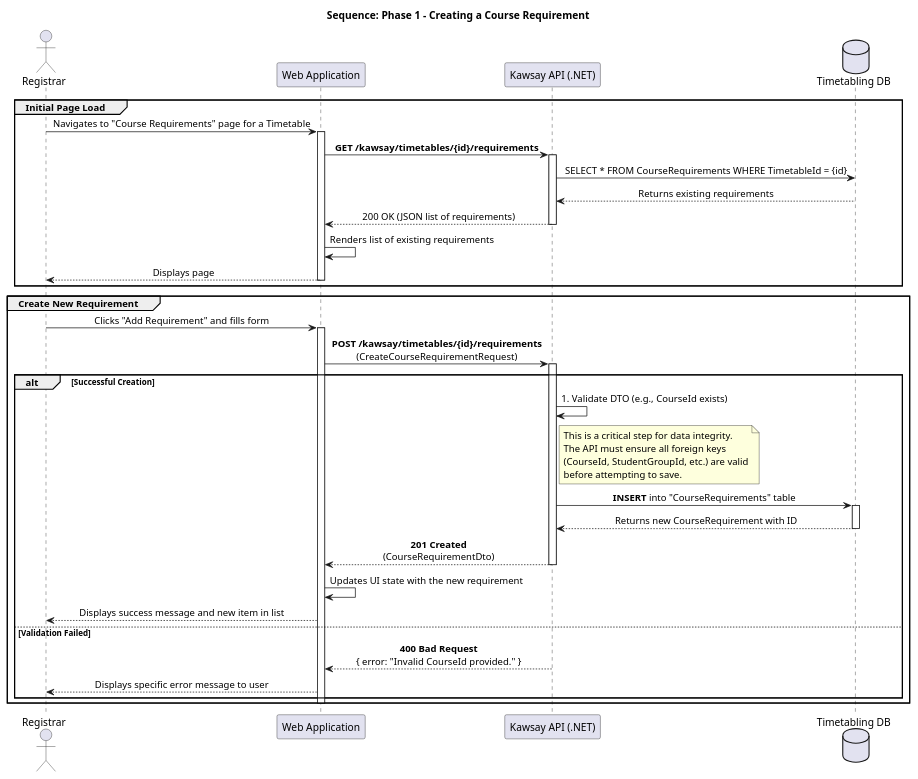
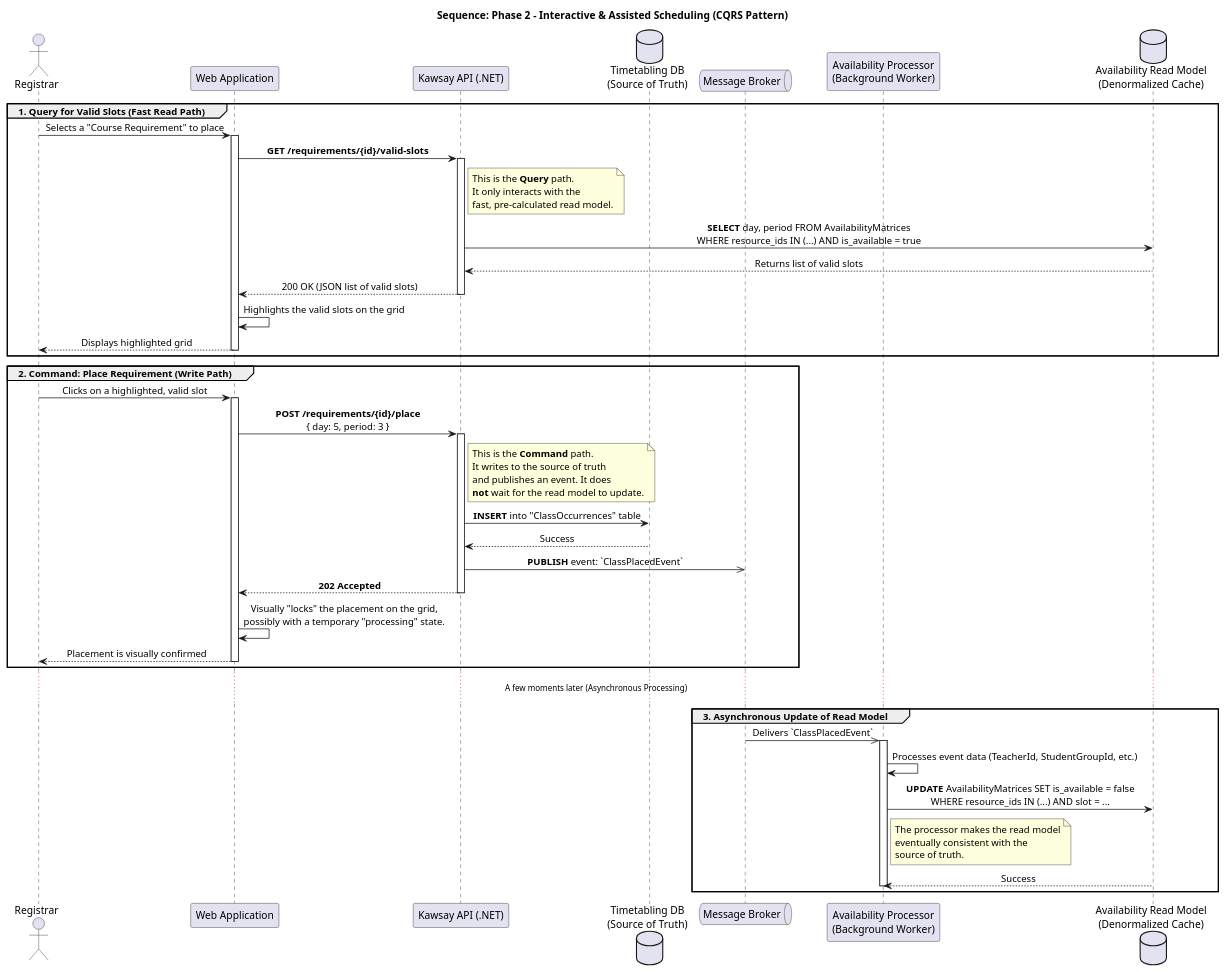
One commit to zrock-dev-backup/kawsay changed the diagram in resources/c4-architecture/jun15/phase-1-sequence.puml. Above: the diagram before and after it, drawn with PlantUML.

Commit message:
chore(activity): document phase 2

```diff
--- a/resources/c4-architecture/jun15/phase-1-sequence.puml
+++ b/resources/c4-architecture/jun15/phase-1-sequence.puml
@@ -1,55 +1,71 @@
 @startuml
-title Sequence: Phase 1 - Creating a Course Requirement
+title Sequence: Phase 2 - Interactive & Assisted Scheduling (CQRS Pattern)
 
 actor Registrar
 participant "Web Application" as WebApp
 participant "Kawsay API (.NET)" as CoreAPI
-database "Timetabling DB" as DB
+database "Timetabling DB\n(Source of Truth)" as WriteDB
+queue "Message Broker" as Broker
+participant "Availability Processor\n(Background Worker)" as Processor
+database "Availability Read Model\n(Denormalized Cache)" as ReadDB
 
 skinparam sequenceMessageAlign center
 
-group Initial Page Load
-    Registrar -> WebApp: Navigates to "Course Requirements" page for a Timetable
+group 1. Query for Valid Slots (Fast Read Path)
+    Registrar -> WebApp: Selects a "Course Requirement" to place
     activate WebApp
-    WebApp -> CoreAPI: **GET /kawsay/timetables/{id}/requirements**
+    WebApp -> CoreAPI: **GET /requirements/{id}/valid-slots**
     activate CoreAPI
-    CoreAPI -> DB: SELECT * FROM CourseRequirements WHERE TimetableId = {id}
-    DB --> CoreAPI: Returns existing requirements
-    CoreAPI --> WebApp: 200 OK (JSON list of requirements)
+    note right of CoreAPI
+        This is the **Query** path.
+        It only interacts with the
+        fast, pre-calculated read model.
+    end note
+    CoreAPI -> ReadDB: **SELECT** day, period FROM AvailabilityMatrices\nWHERE resource_ids IN (...) AND is_available = true
+    ReadDB --> CoreAPI: Returns list of valid slots
+    CoreAPI --> WebApp: 200 OK (JSON list of valid slots)
     deactivate CoreAPI
-    WebApp -> WebApp: Renders list of existing requirements
-    WebApp --> Registrar: Displays page
+    WebApp -> WebApp: Highlights the valid slots on the grid
+    WebApp --> Registrar: Displays highlighted grid
     deactivate WebApp
 end
 
-group Create New Requirement
-    Registrar -> WebApp: Clicks "Add Requirement" and fills form
+group 2. Command: Place Requirement (Write Path)
+    Registrar -> WebApp: Clicks on a highlighted, valid slot
     activate WebApp
-    WebApp -> CoreAPI: **POST /kawsay/timetables/{id}/requirements**\n(CreateCourseRequirementRequest)
+    WebApp -> CoreAPI: **POST /requirements/{id}/place**\n{ day: 5, period: 3 }
     activate CoreAPI
+    note right of CoreAPI
+        This is the **Command** path.
+        It writes to the source of truth
+        and publishes an event. It does
+        **not** wait for the read model to update.
+    end note
+    CoreAPI -> WriteDB: **INSERT** into "ClassOccurrences" table
+    WriteDB --> CoreAPI: Success
     
-    alt Successful Creation
-        CoreAPI -> CoreAPI: 1. Validate DTO (e.g., CourseId exists)
-        note right of CoreAPI
-            This is a critical step for data integrity.
-            The API must ensure all foreign keys
-            (CourseId, StudentGroupId, etc.) are valid
-            before attempting to save.
-        end note
-        CoreAPI -> DB: **INSERT** into "CourseRequirements" table
-        activate DB
-        DB --> CoreAPI: Returns new CourseRequirement with ID
-        deactivate DB
-        CoreAPI --> WebApp: **201 Created**\n(CourseRequirementDto)
-        deactivate CoreAPI
-        WebApp -> WebApp: Updates UI state with the new requirement
-        WebApp --> Registrar: Displays success message and new item in list
-    else Validation Failed
-        CoreAPI --> WebApp: **400 Bad Request**\n{ error: "Invalid CourseId provided." }
-        deactivate CoreAPI
-        WebApp --> Registrar: Displays specific error message to user
-    end
+    CoreAPI ->> Broker: **PUBLISH** event: `ClassPlacedEvent`
+    
+    CoreAPI --> WebApp: **202 Accepted**
+    deactivate CoreAPI
+    WebApp -> WebApp: Visually "locks" the placement on the grid,\npossibly with a temporary "processing" state.
+    WebApp --> Registrar: Placement is visually confirmed
     deactivate WebApp
 end
 
+... A few moments later (Asynchronous Processing) ...
+
+group 3. Asynchronous Update of Read Model
+    Broker ->> Processor: Delivers `ClassPlacedEvent`
+    activate Processor
+    Processor -> Processor: Processes event data (TeacherId, StudentGroupId, etc.)
+    Processor -> ReadDB: **UPDATE** AvailabilityMatrices SET is_available = false\nWHERE resource_ids IN (...) AND slot = ...
+    note right of Processor
+        The processor makes the read model
+        eventually consistent with the
+        source of truth.
+    end note
+    ReadDB --> Processor: Success
+    deactivate Processor
+end
 @enduml
```
